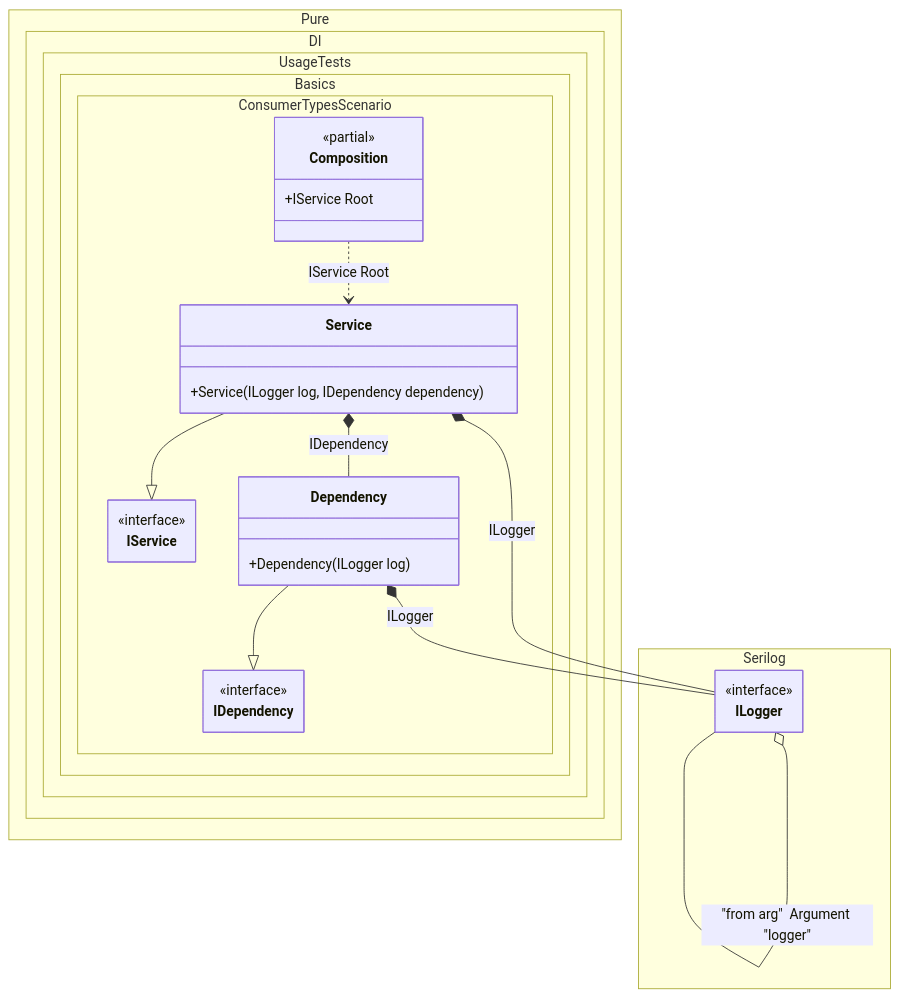
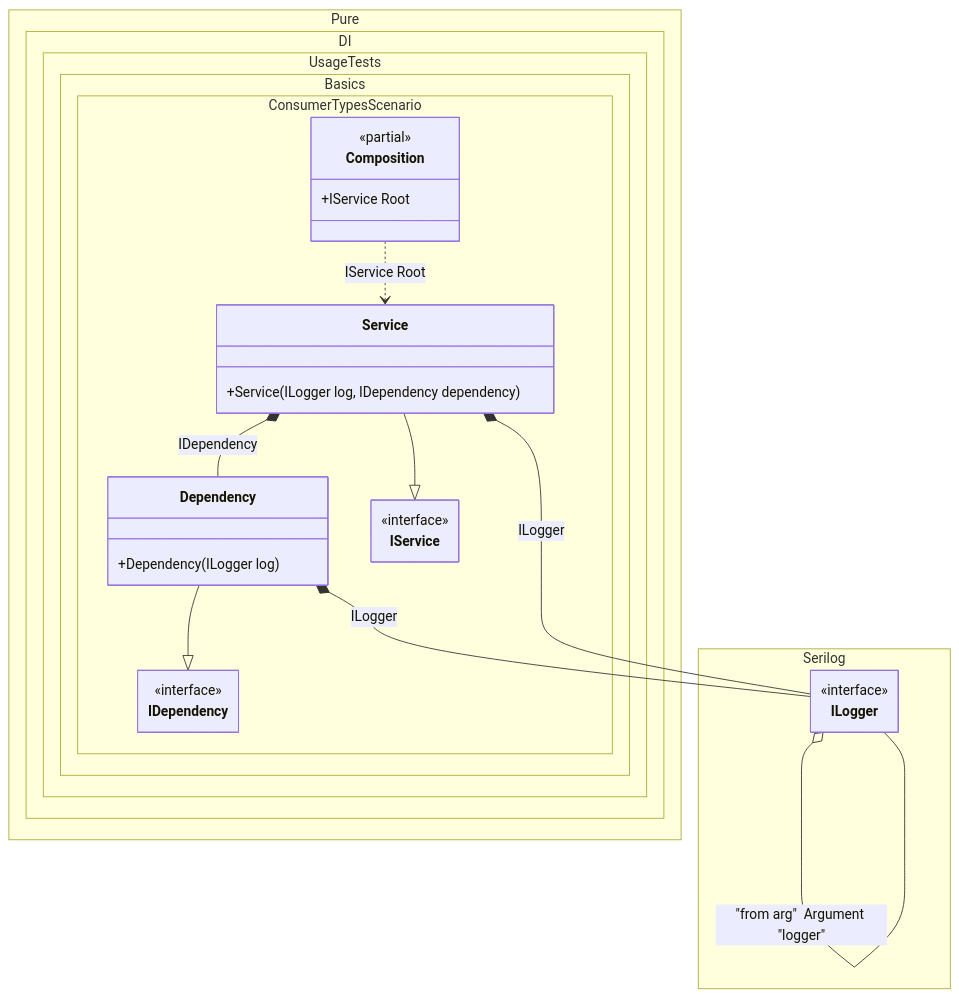
The diagram in readme/consumer-types.md (DevTeam/Pure.DI), drawn with Mermaid before and after one commit. The commit also changed other lines of this file and 113 other files, not shown here.

````diff
--- a/readme/consumer-types.md
+++ b/readme/consumer-types.md
@@ -135,38 +135,38 @@
 ```mermaid
 ---
  config:
   class:
    hideEmptyMembersBox: true
 ---
 classDiagram
+	Dependency --|> IDependency
 	Service --|> IService
-	Dependency --|> IDependency
 	Composition ..> Service : IService Root
+	ILogger o-- ILogger : "from arg"  Argument "logger"
+	Dependency *--  ILogger : ILogger
 	Service *--  ILogger : ILogger
 	Service *--  Dependency : IDependency
-	ILogger o-- ILogger : "from arg"  Argument "logger"
-	Dependency *--  ILogger : ILogger
 	namespace Pure.DI.UsageTests.Basics.ConsumerTypesScenario {
 		class Composition {
 		<<partial>>
 		+IService Root
 		}
 		class Dependency {
 			+Dependency(ILogger log)
 		}
 		class IDependency {
 			<<interface>>
 		}
 		class IService {
 			<<interface>>
 		}
 		class Service {
 			+Service(ILogger log, IDependency dependency)
 		}
 	}
 	namespace Serilog {
 		class ILogger {
 				<<interface>>
 		}
 	}
 ```
````
